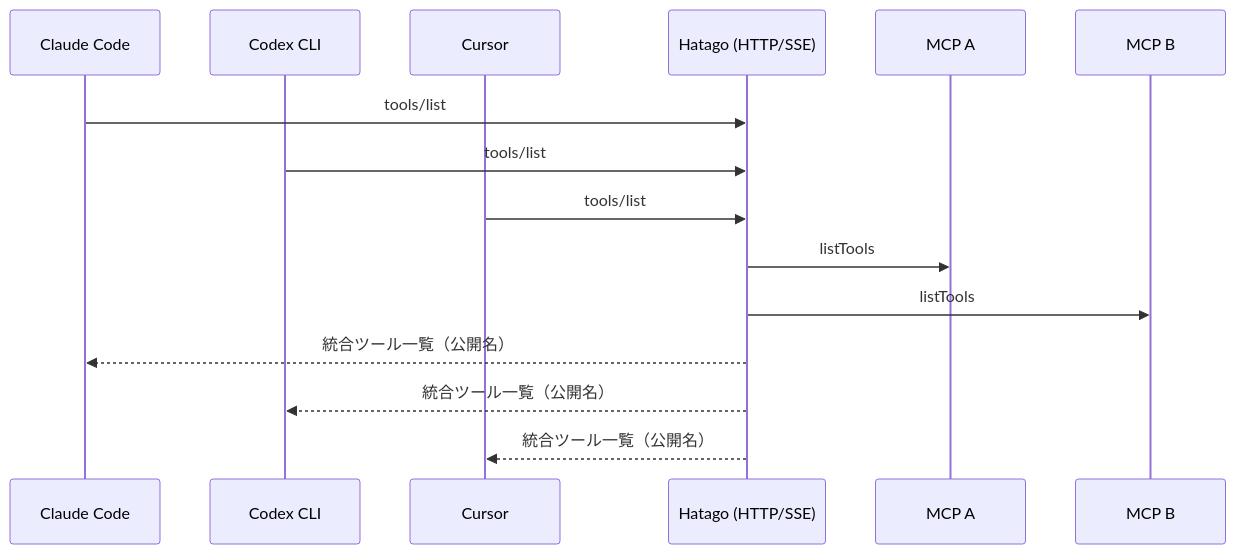
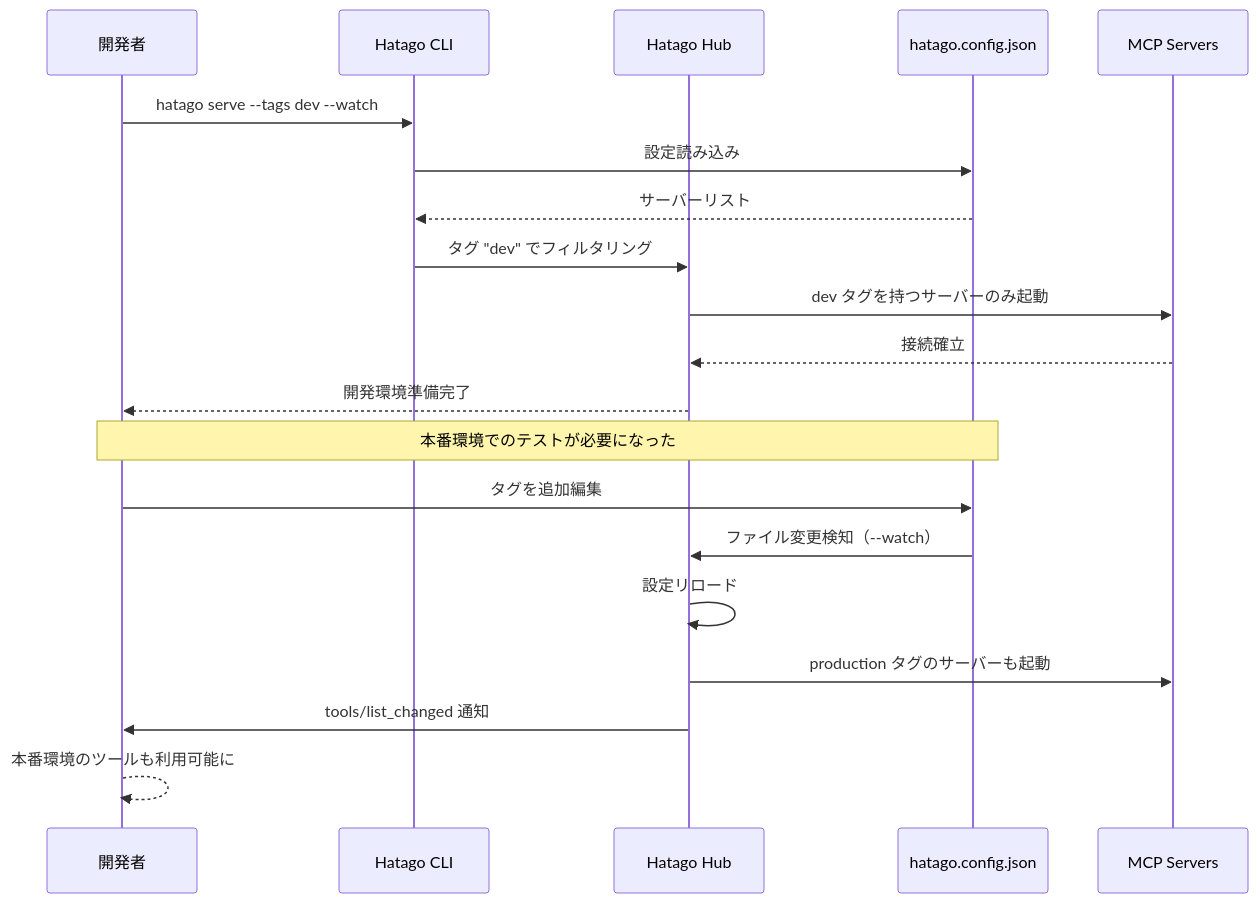
The third of 3 diagrams in articles/introduce-hatago-mcp-hub.md (himorishige/zenn-contents), drawn with Mermaid before and after one commit. The commit also changed other lines of this file, not shown here.

````diff
--- a/articles/introduce-hatago-mcp-hub.md
+++ b/articles/introduce-hatago-mcp-hub.md
@@ -129,18 +274,25 @@
 ```mermaid
 sequenceDiagram
-  participant C1 as Claude Code
-  participant C2 as Codex CLI
-  participant C3 as Cursor
-  participant H as Hatago (HTTP/SSE)
-  participant S1 as MCP A
-  participant S2 as MCP B
+    participant User as 開発者
+    participant CLI as Hatago CLI
+    participant Hub as Hatago Hub
+    participant Config as hatago.config.json
+    participant Servers as MCP Servers
 
-  C1->>H: tools/list
-  C2->>H: tools/list
-  C3->>H: tools/list
-  H->>S1: listTools
-  H->>S2: listTools
-  H-->>C1: 統合ツール一覧（公開名）
-  H-->>C2: 統合ツール一覧（公開名）
-  H-->>C3: 統合ツール一覧（公開名）
+    User->>CLI: hatago serve --tags dev --watch
+    CLI->>Config: 設定読み込み
+    Config-->>CLI: サーバーリスト
+    CLI->>Hub: タグ "dev" でフィルタリング
+    Hub->>Servers: dev タグを持つサーバーのみ起動
+    Servers-->>Hub: 接続確立
+    Hub-->>User: 開発環境準備完了
+
+    Note over User,Config: 本番環境でのテストが必要になった
+
+    User->>Config: タグを追加編集
+    Config->>Hub: ファイル変更検知（--watch）
+    Hub->>Hub: 設定リロード
+    Hub->>Servers: production タグのサーバーも起動
+    Hub->>User: tools/list_changed 通知
+    User-->>User: 本番環境のツールも利用可能に
 ```
````
